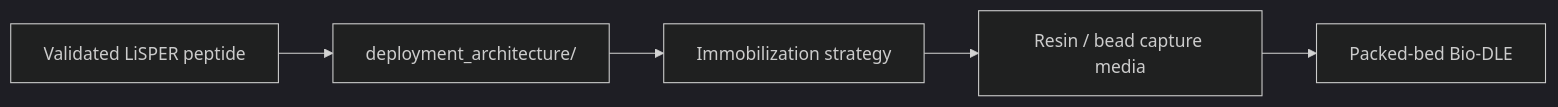
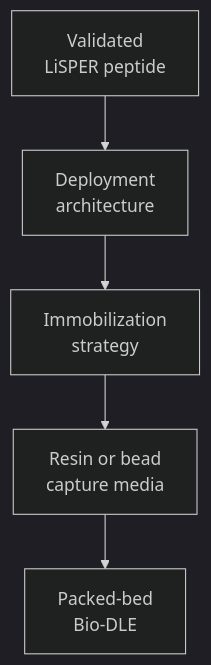
One commit to jackyissocute/LiSPER changed the diagram in 03_industrial_translation/README.md. Above: the diagram before and after it, drawn with Mermaid (dark theme). The commit also changed 64 other files, not shown here.

````diff
--- a/03_industrial_translation/README.md
+++ b/03_industrial_translation/README.md
@@ -5,7 +5,16 @@
 ```mermaid
-flowchart LR
-    A["Validated LiSPER peptide"] --> B["deployment_architecture/"]
-    B --> C["Immobilization strategy"]
-    C --> D["Resin / bead capture media"]
-    D --> E["Packed-bed Bio-DLE"]
+flowchart TD
+    accTitle: Industrial Translation Path
+    accDescr: Industrial translation starts from validated LiSPER peptides, evaluates deployment architecture, selects immobilization media, and moves toward packed-bed Bio-DLE.
+
+    peptide["Validated<br/>LiSPER peptide"]
+    architecture["Deployment<br/>architecture"]
+    immobilization["Immobilization<br/>strategy"]
+    media["Resin or bead<br/>capture media"]
+    column["Packed-bed<br/>Bio-DLE"]
+
+    peptide --> architecture
+    architecture --> immobilization
+    immobilization --> media
+    media --> column
 ```
````
